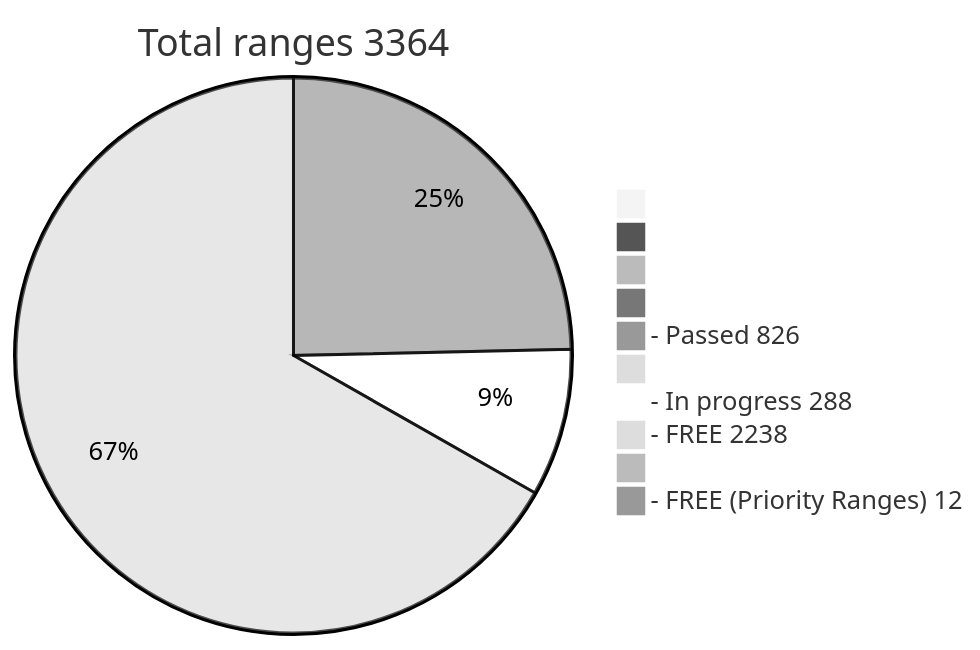
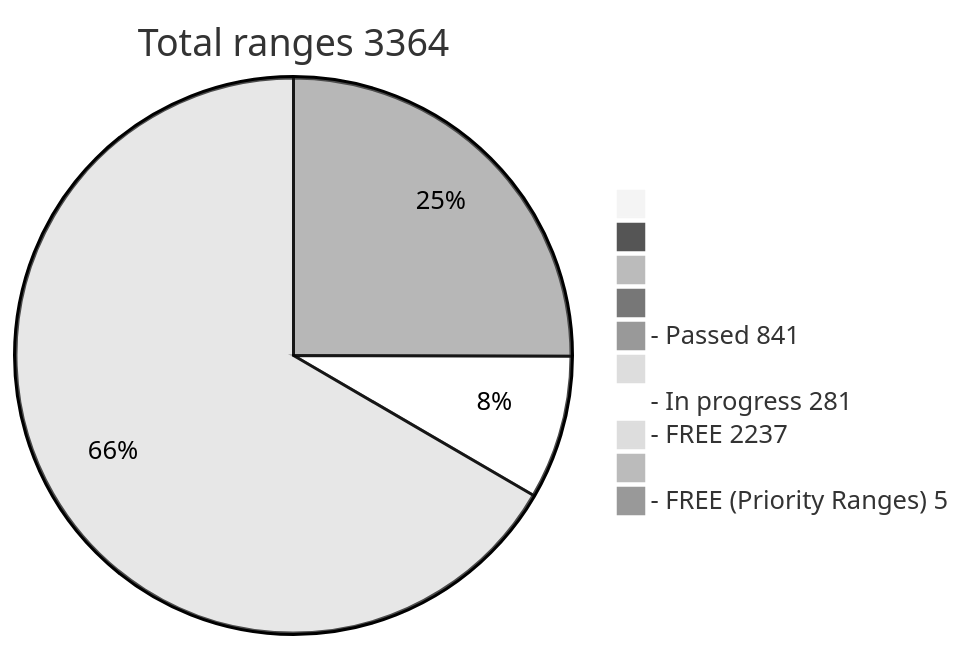
One commit to phrutis/wif500 changed the diagram in README.md. Above: the diagram before and after it, drawn with Mermaid (neutral theme).

````diff
--- a/README.md
+++ b/README.md
@@ -16,13 +16,13 @@
 ```mermaid
 pie title Total ranges 3364
              " " : 0
             "  " : 0
            "   " : 0
           "    " : 0
-  "- Passed 826" : 826
+  "- Passed 841" : 841
          "     " : 0
-  "- In progress 288" : 288
-   "- FREE 2238" : 2238
+  "- In progress 281" : 281
+   "- FREE 2237" : 2237
         "      " : 0
-  "- FREE (Priority Ranges) 12" : 12
+  "- FREE (Priority Ranges) 5" : 5
 ```
````
